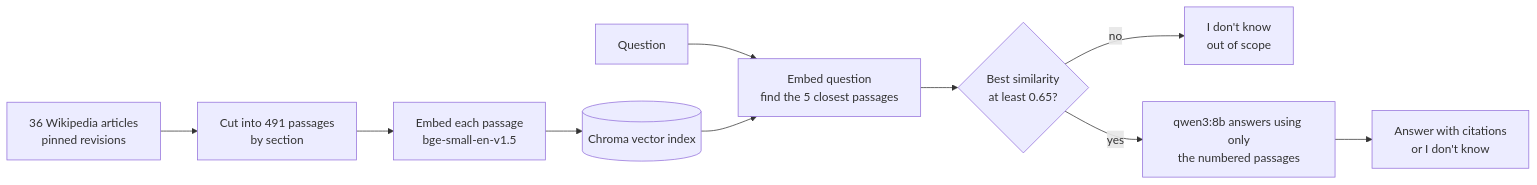
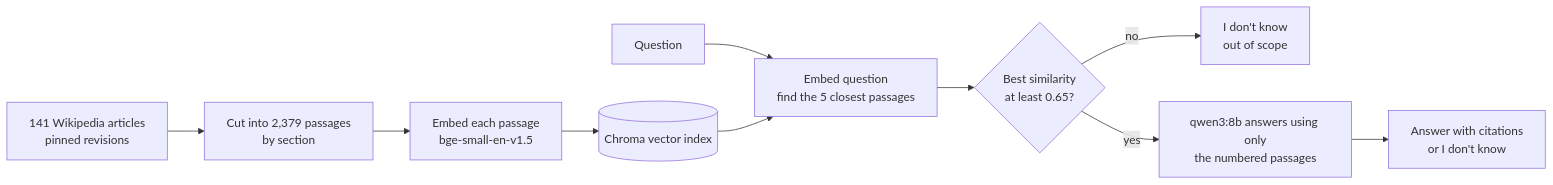
The diagram in README.md (gangireddymayur/plant-health-rag), drawn with Mermaid before and after one commit. The commit also changed other lines of this file and 16 other files, not shown here.

````diff
--- a/README.md
+++ b/README.md
@@ -99,12 +105,12 @@
 ```mermaid
 flowchart LR
-    W[36 Wikipedia articles<br/>pinned revisions] --> C[Cut into 491 passages<br/>by section]
+    W[141 Wikipedia articles<br/>pinned revisions] --> C[Cut into 2,379 passages<br/>by section]
     C --> E[Embed each passage<br/>bge-small-en-v1.5]
     E --> V[(Chroma vector index)]
     Q[Question] --> S[Embed question<br/>find the 5 closest passages]
     V --> S
     S --> G{Best similarity<br/>at least 0.65?}
     G -- no --> X[I don't know<br/>out of scope]
     G -- yes --> L[qwen3:8b answers using only<br/>the numbered passages]
     L --> A[Answer with citations<br/>or I don't know]
 ```
````
